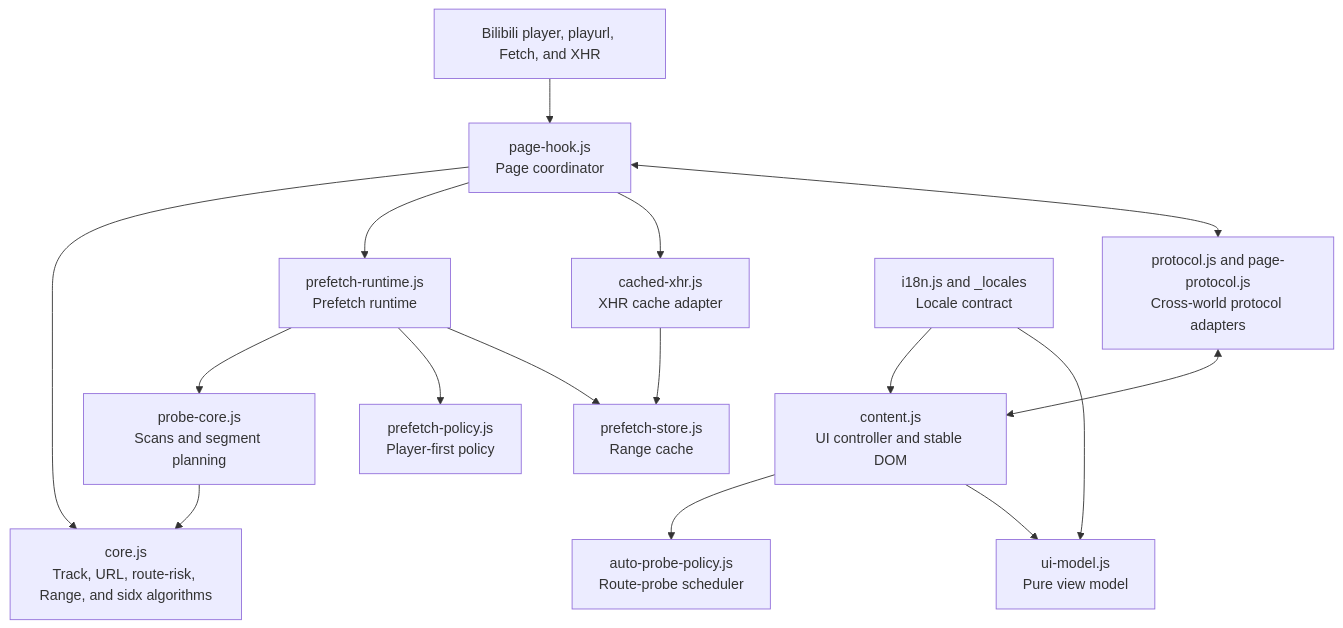
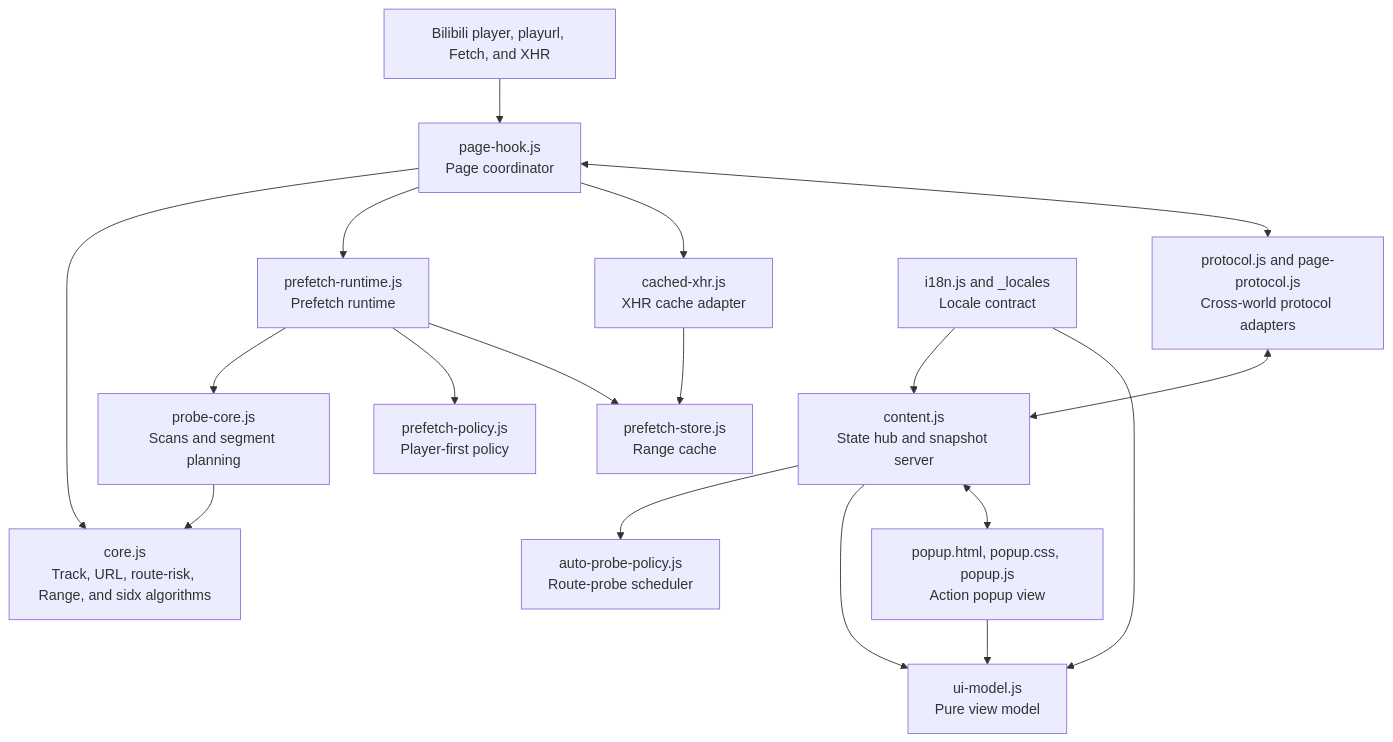
One commit to Godwin9527/bili-pilot changed the diagram in docs/ARCHITECTURE.md. Above: the diagram before and after it, drawn with Mermaid. The commit also changed other lines of this file and 5 other files, not shown here.

First line of the commit message:
docs: sync architecture and README with the popup migration

````diff
--- a/docs/ARCHITECTURE.md
+++ b/docs/ARCHITECTURE.md
@@ -18,32 +18,35 @@
 ```mermaid
 flowchart TD
   B["Bilibili player, playurl, Fetch, and XHR"]
   PH["page-hook.js<br/>Page coordinator"]
   PR["prefetch-runtime.js<br/>Prefetch runtime"]
   CX["cached-xhr.js<br/>XHR cache adapter"]
   PS["prefetch-store.js<br/>Range cache"]
   PC["probe-core.js<br/>Scans and segment planning"]
   AP["auto-probe-policy.js<br/>Route-probe scheduler"]
   PP["prefetch-policy.js<br/>Player-first policy"]
   C["core.js<br/>Track, URL, route-risk, Range, and sidx algorithms"]
   P["protocol.js and page-protocol.js<br/>Cross-world protocol adapters"]
   I["i18n.js and _locales<br/>Locale contract"]
-  UI["content.js<br/>UI controller and stable DOM"]
+  UI["content.js<br/>State hub and snapshot server"]
   UM["ui-model.js<br/>Pure view model"]
+  POP["popup.html, popup.css, popup.js<br/>Action popup view"]
 
   B --> PH
   PH --> C
   PH --> PR
   PH --> CX
   PR --> PC
   PR --> PP
   PR --> PS
   UI --> AP
   CX --> PS
   PC --> C
   PH <--> P
   P <--> UI
   I --> UI
   I --> UM
   UI --> UM
+  UI <--> POP
+  POP --> UM
 ```
````
